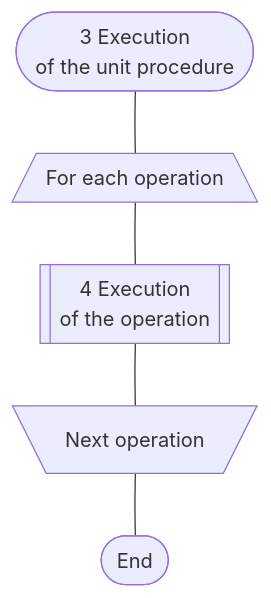
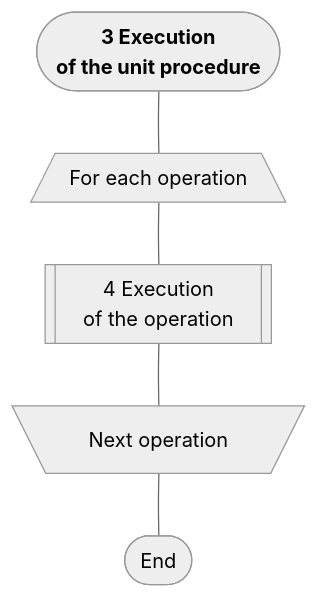
The second of 5 diagrams in readme.md (savushkin-r-d/ptusa_main), drawn with Mermaid before and after one commit. The commit also changed other lines of this file and 1 other file, not shown here.

````diff
--- a/readme.md
+++ b/readme.md
@@ -45,8 +47,10 @@
 ``` mermaid
+%%{ init: {'theme': 'neutral'} }%%
+
 flowchart TD
-    A([3 Execution <br/> of the unit procedure]) --- B[/For each operation\]
-    B --- C[[4 Execution <br/> of the operation]]
-    C --- D[\Next operation/]
+    A([<b>3 Execution <br/> of the unit procedure</b>]) --- B[/<p style='width:150px'> For each operation\]
+    B --- C[[<p style='width:150px'>4 Execution <br/> of the operation]]
+    C --- D[\<p style='width:150px'> Next operation/]
     D --- E([End])
 
 ```
````
